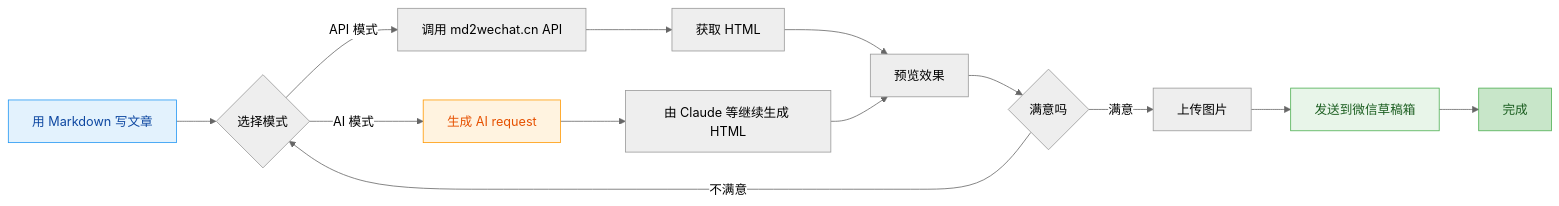
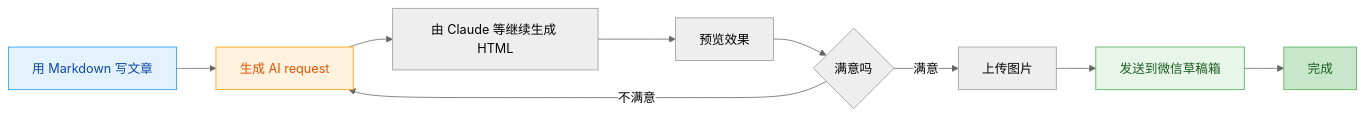
Before and after one commit to geekjourneyx/md2wechat-skill: the first of 5 diagrams in README.md, drawn with Mermaid (neutral theme). The commit also changed other lines of this file and 14 other files, not shown here.

````diff
--- a/README.md
+++ b/README.md
@@ -227,29 +225,24 @@
 ```mermaid
 flowchart LR
-    A[用 Markdown 写文章] --> B{选择模式}
+    A[用 Markdown 写文章] --> E[生成 AI request]
 
-    B -->|API 模式| C[调用 md2wechat.cn API]
-    C --> D[获取 HTML]
-
-    B -->|AI 模式| E[生成 AI request]
     E --> F[由 Claude 等继续生成 HTML]
 
-    D --> G[预览效果]
-    F --> G
+    F --> G[预览效果]
 
     G --> H{满意吗}
-    H -->|不满意| B
+    H -->|不满意| E
     H -->|满意| I[上传图片]
     I --> J[发送到微信草稿箱]
     J --> K[完成]
 
     classDef nodeA fill:#e3f2fd,stroke:#2196f3,color:#0d47a1
     classDef nodeE fill:#fff3e0,stroke:#ff9800,color:#e65100
     classDef nodeJ fill:#e8f5e9,stroke:#4caf50,color:#1b5e20
     classDef nodeK fill:#c8e6c9,stroke:#4caf50,color:#1b5e20
 
     class A nodeA
     class E nodeE
     class J nodeJ
     class K nodeK
 ```
````
